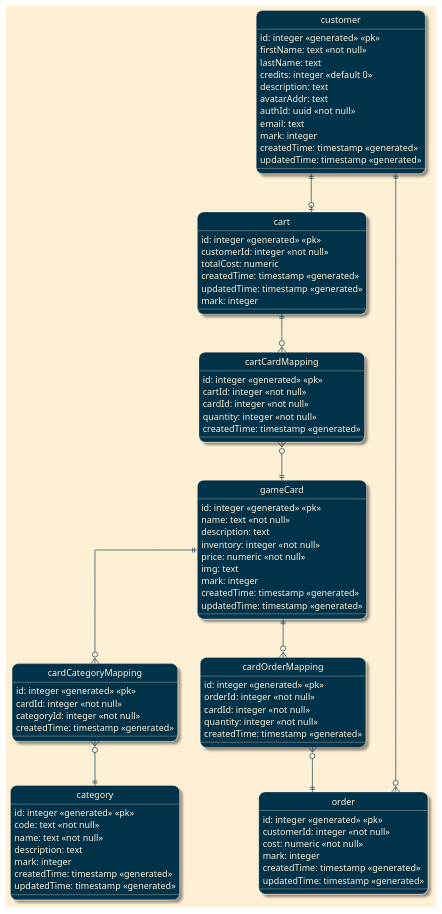
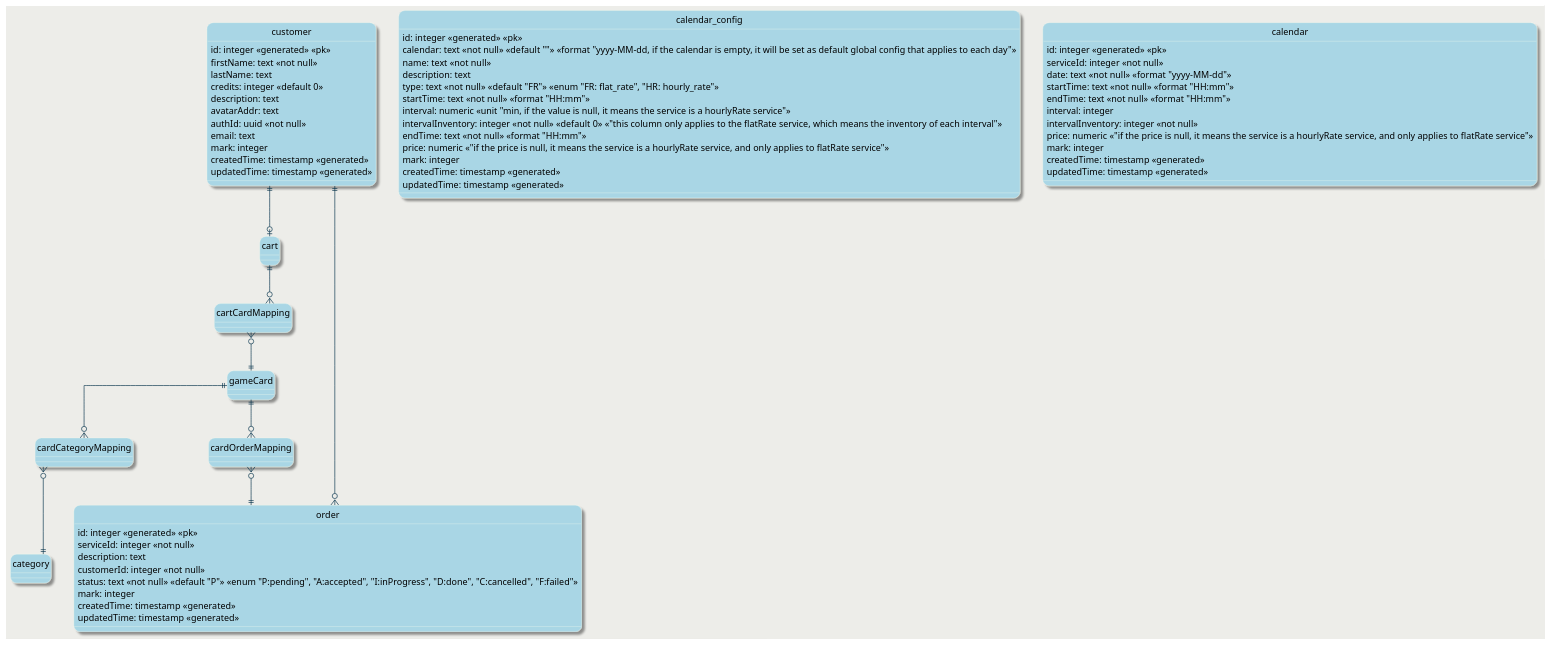
The diagram in entities.puml (feolive/mechanic-shop), drawn with PlantUML before and after one commit. The commit also changed 26 other files, not shown here.

```diff
--- a/entities.puml
+++ b/entities.puml
@@ -1,103 +1,87 @@
 @startuml game card rental entities
 ' left to right direction
 hide circle
 skinparam linetype ortho
-skinparam backgroundColor #fdf0d5
+skinparam backgroundColor #edede9
 skinparam roundcorner 20
 skinparam shadowing true
 skinparam class {
-    backgroundColor #003049
+    backgroundColor #a9d6e5
     arrowColor #003049
-    borderColor #fdf0d5
-    fontColor #fdf0d5
-    attributeFontColor #fdf0d5
+    borderColor #f1faee
+    fontColor #000000
+    attributeFontColor #000000
 }
 
 entity customer {
     id: integer <<generated>> <<pk>>
     firstName: text <<not null>>
     lastName: text
     credits: integer <<default 0>>
     description: text
     avatarAddr: text
     authId: uuid <<not null>>
     email: text
     mark: integer
     createdTime: timestamp <<generated>>
     updatedTime: timestamp <<generated>>
 }
 
-entity gameCard {
+' order
+entity order {
     id: integer <<generated>> <<pk>>
-    name: text <<not null>>
-    description: text
-    inventory: integer <<not null>>
-    price: numeric <<not null>>
-    img: text
+    serviceId: integer <<not null>>
+    description: text 
+    customerId: integer <<not null>>
+    status: text <<not null>> <<default "P">> <<enum "P:pending", "A:accepted", "I:inProgress", "D:done", "C:cancelled", "F:failed">>
     mark: integer
     createdTime: timestamp <<generated>>
     updatedTime: timestamp <<generated>>
 }
 
-entity order {
+
+' service config table, which configures the different services
+entity calendar_config {
     id: integer <<generated>> <<pk>>
-    customerId: integer <<not null>>
-    cost: numeric <<not null>>
+    calendar: text <<not null>> <<default "">> <<format "yyyy-MM-dd, if the calendar is empty, it will be set as default global config that applies to each day">>
+    name: text <<not null>>
+    description: text
+    type: text <<not null>> <<default "FR">> <<enum "FR: flat_rate", "HR: hourly_rate">>
+    startTime: text <<not null>> <<format "HH:mm">>
+    interval: numeric <<unit "min, if the value is null, it means the service is a hourlyRate service">>
+    intervalInventory: integer <<not null>> <<default 0>> <<"this column only applies to the flatRate service, which means the inventory of each interval">>
+    endTime: text <<not null>> <<format "HH:mm">>
+    price: numeric <<"if the price is null, it means the service is a hourlyRate service, and only applies to flatRate service">>
     mark: integer
     createdTime: timestamp <<generated>>
     updatedTime: timestamp <<generated>>
 }
 
-entity cardOrderMapping {
+' calendar 
+entity calendar {
     id: integer <<generated>> <<pk>>
-    orderId: integer <<not null>>
-    cardId: integer <<not null>>
-    quantity: integer <<not null>>
-    createdTime: timestamp <<generated>>
-}
-
-entity cardCategoryMapping {
-    id: integer <<generated>> <<pk>>
-    cardId: integer <<not null>>
-    categoryId: integer <<not null>>
-    createdTime: timestamp <<generated>>
-}
-
-entity category {
-    id: integer <<generated>> <<pk>>
-    code: text <<not null>>
-    name: text <<not null>>
-    description: text
+    serviceId: integer <<not null>>
+    date: text <<not null>> <<format "yyyy-MM-dd">>
+    startTime: text <<not null>> <<format "HH:mm">>
+    endTime: text <<not null>> <<format "HH:mm">>
+    interval: integer
+    intervalInventory: integer <<not null>>
+    price: numeric <<"if the price is null, it means the service is a hourlyRate service, and only applies to flatRate service">>
     mark: integer
     createdTime: timestamp <<generated>>
     updatedTime: timestamp <<generated>>
 }
 
-entity cart {
-    id: integer <<generated>> <<pk>>
-    customerId: integer <<not null>>
-    totalCost: numeric
-    createdTime: timestamp <<generated>>
-    updatedTime: timestamp <<generated>>
-    mark: integer
-}
 
-entity cartCardMapping {
-    id: integer <<generated>> <<pk>>
-    cartId: integer <<not null>>
-    cardId: integer <<not null>>
-    quantity: integer <<not null>>
-    createdTime: timestamp <<generated>>
-}
 
 order }o--|| customer
 gameCard ||--o{ cardOrderMapping
 cardOrderMapping }o--|| order
 gameCard ||--o{ cardCategoryMapping
 cardCategoryMapping }o--|| category
 cart ||--o{ cartCardMapping
 cartCardMapping }o--|| gameCard
 customer ||--o| cart
 
 
 @enduml
```
